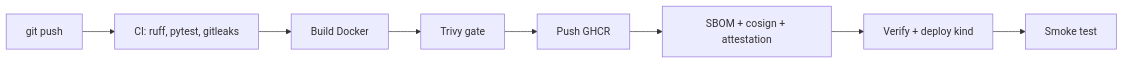
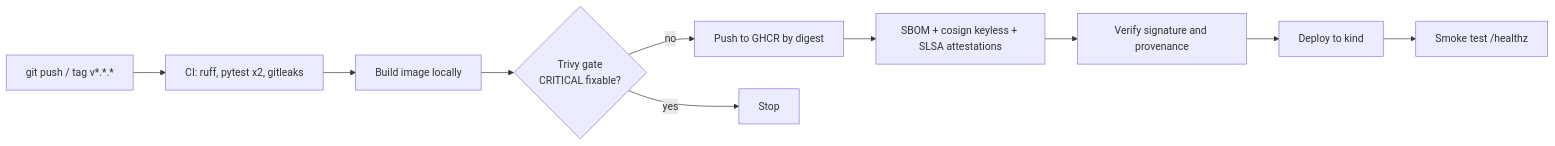
The diagram in README.md (georgesmomo/devsecops-actions-lab), drawn with Mermaid before and after one commit. The commit also changed other lines of this file and 25 other files, not shown here.

````diff
--- a/README.md
+++ b/README.md
@@ -5,10 +70,12 @@
 ```mermaid
 flowchart LR
-  A[git push] --> B[CI: ruff, pytest, gitleaks]
-  B --> C[Build Docker]
-  C --> D[Trivy gate]
-  D --> E[Push GHCR]
-  E --> F[SBOM + cosign + attestation]
-  F --> G[Verify + deploy kind]
-  G --> H[Smoke test]
+  A[git push / tag v*.*.*] --> B[CI: ruff, pytest x2, gitleaks]
+  B --> C[Build image locally]
+  C --> D{Trivy gate<br/>CRITICAL fixable?}
+  D -- no --> E[Push to GHCR by digest]
+  D -- yes --> X[Stop]
+  E --> F[SBOM + cosign keyless + SLSA attestations]
+  F --> G[Verify signature and provenance]
+  G --> H[Deploy to kind]
+  H --> I[Smoke test /healthz]
 ```
````
